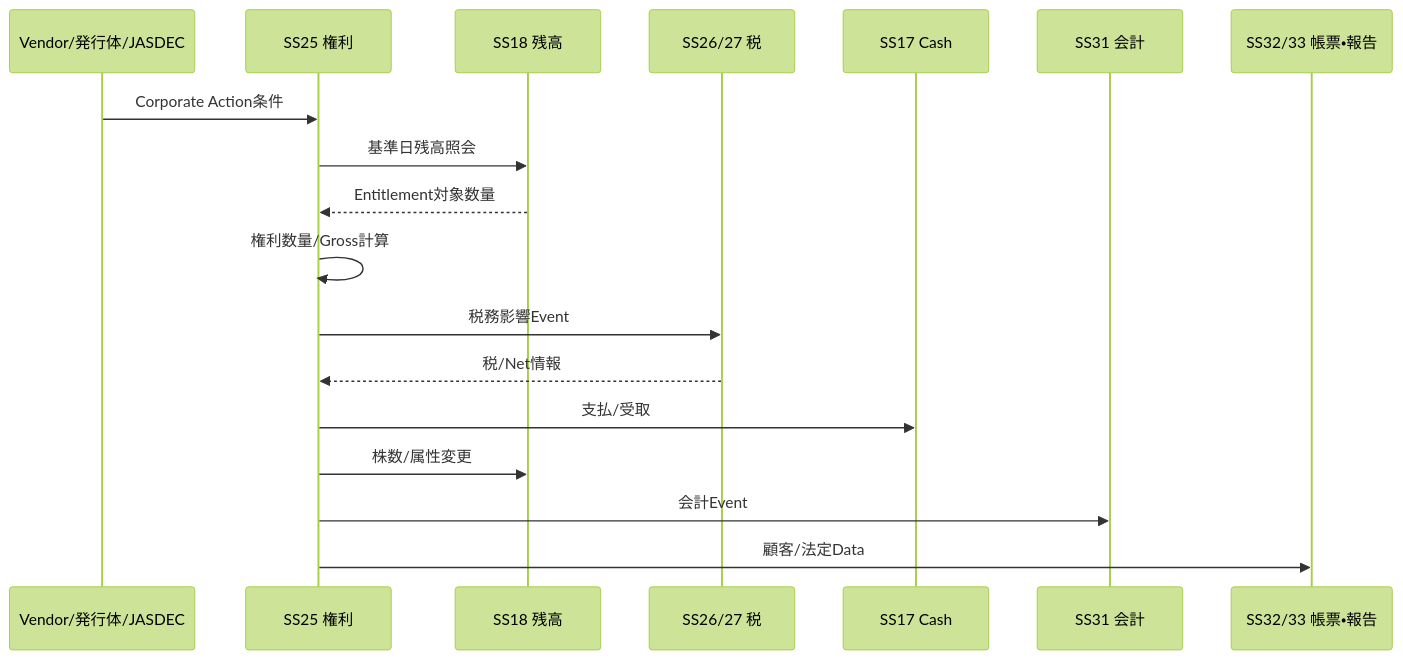
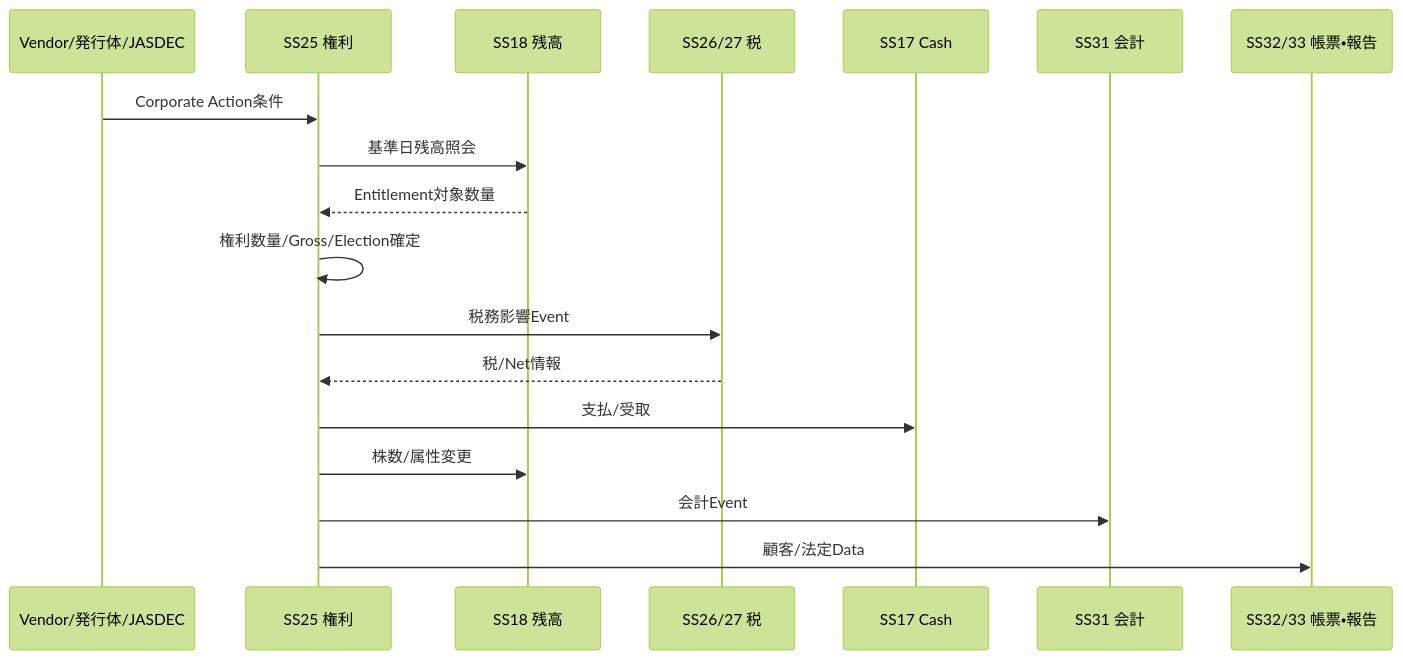
The third of 5 diagrams in docs/01-architecture/END_TO_END_FLOW.md (skyTreeCN/jp-securitie-skills), drawn with Mermaid (forest theme) before and after one commit. The commit also changed other lines of this file, not shown here.

Commit message:
Update end-to-end flows for v0.4 architecture

````diff
--- a/docs/01-architecture/END_TO_END_FLOW.md
+++ b/docs/01-architecture/END_TO_END_FLOW.md
@@ -212,21 +188,21 @@
 ```mermaid
 sequenceDiagram
   participant V as Vendor/発行体/JASDEC
   participant CA as SS25 権利
   participant P as SS18 残高
   participant TAX as SS26/27 税
   participant C as SS17 Cash
   participant A as SS31 会計
   participant R as SS32/33 帳票・報告
 
   V->>CA: Corporate Action条件
   CA->>P: 基準日残高照会
   P-->>CA: Entitlement対象数量
-  CA->>CA: 権利数量/Gross計算
+  CA->>CA: 権利数量/Gross/Election確定
   CA->>TAX: 税務影響Event
   TAX-->>CA: 税/Net情報
   CA->>C: 支払/受取
   CA->>P: 株数/属性変更
   CA->>A: 会計Event
   CA->>R: 顧客/法定Data
 ```
````
